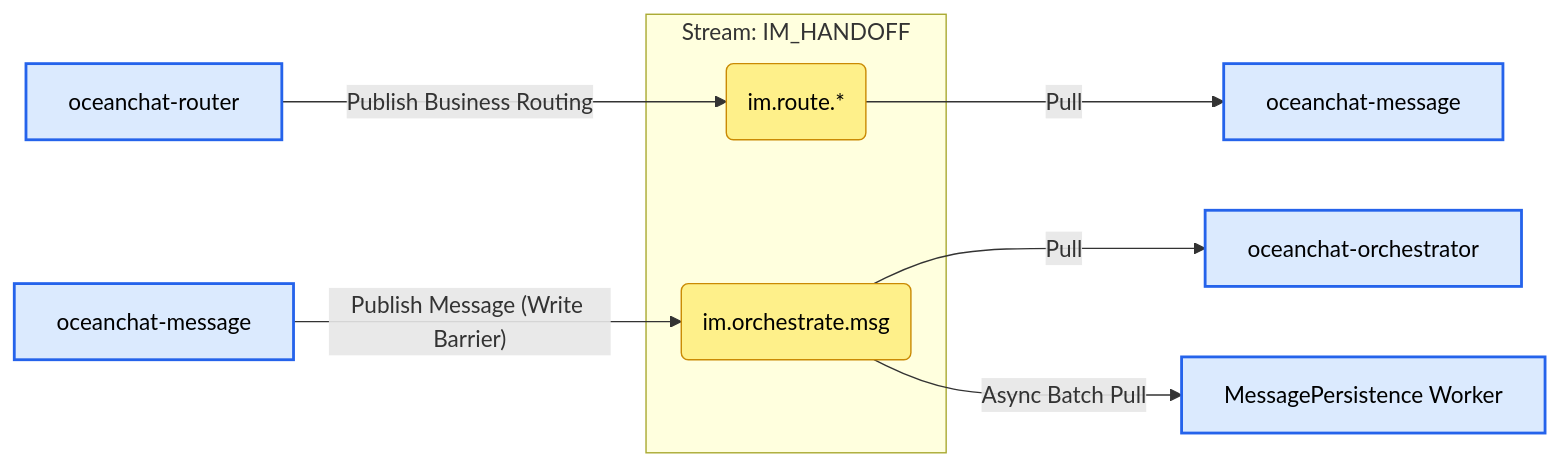
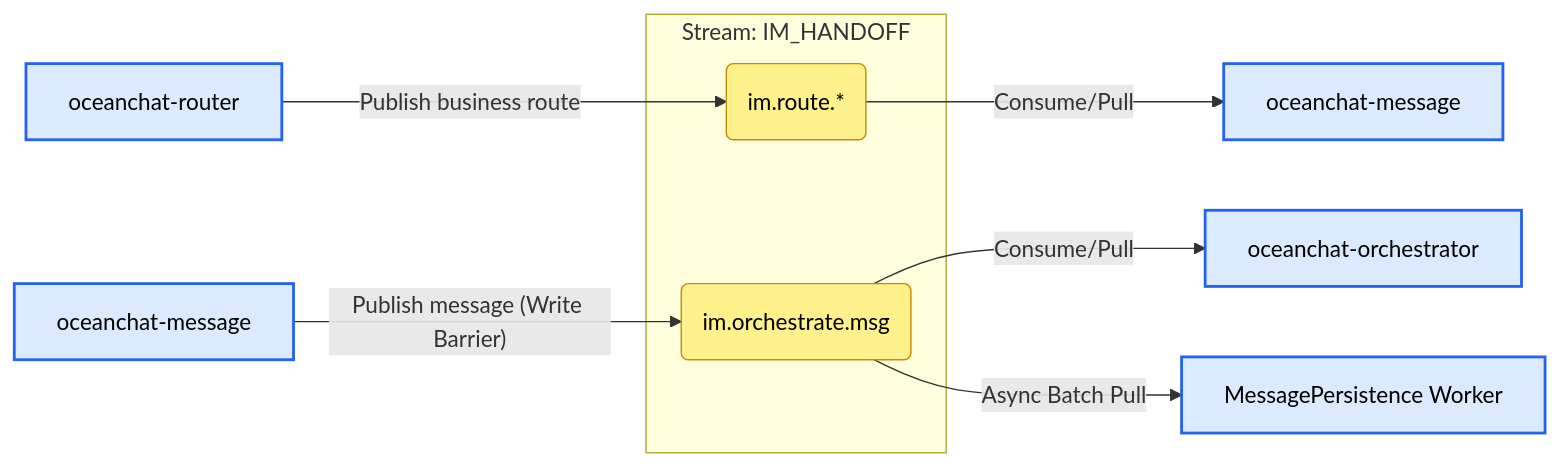
Before and after one commit to JamesWilson19970101/ocean.chat.docs: the third of 13 diagrams in docs/devdocs/jetstream-strategy.md, drawn with Mermaid. The commit also changed other lines of this file and 1 other file, not shown here.

````diff
--- a/docs/devdocs/jetstream-strategy.md
+++ b/docs/devdocs/jetstream-strategy.md
@@ -117,19 +129,19 @@
 ```mermaid
 flowchart LR
   classDef service fill:#dbeafe,stroke:#2563eb,stroke-width:2px,color:#000;
   classDef subject fill:#fef08a,stroke:#ca8a04,stroke-width:1px,color:#000;
   P_R[oceanchat-router]:::service
   P_M[oceanchat-message]:::service
   C_MG[oceanchat-message]:::service
   C_O[oceanchat-orchestrator]:::service
   C_W[MessagePersistence Worker]:::service
   subgraph Stream: IM_HANDOFF
     SUB1(im.route.*):::subject
     SUB2(im.orchestrate.msg):::subject
   end
-  P_R -- Publish Business Routing --> SUB1
-  SUB1 -- Pull --> C_MG
-  P_M -- Publish Message (Write Barrier) --> SUB2
-  SUB2 -- Pull --> C_O
+  P_R -- Publish business route --> SUB1
+  SUB1 -- Consume/Pull --> C_MG
+  P_M -- Publish message (Write Barrier) --> SUB2
+  SUB2 -- Consume/Pull --> C_O
   SUB2 -- Async Batch Pull --> C_W
 ```
````
